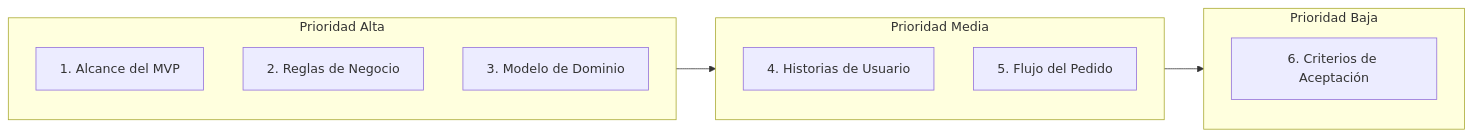
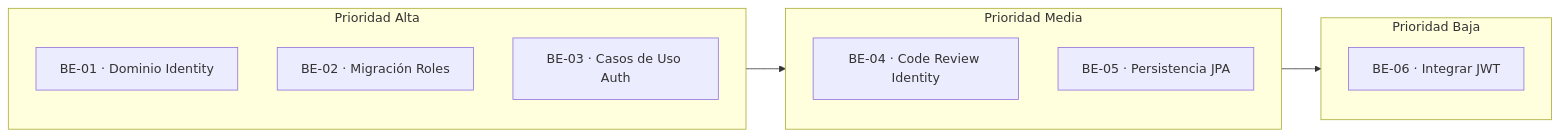
One commit to iJosueeh/jaldishop changed the first of 2 diagrams in docs/06-scrum/sprint-02.md. Above: the diagram before and after it, drawn with Mermaid. The commit also changed other lines of this file and 10 other files, not shown here.

Commit message:
feat: Dominio de Usuario y Roles con logica de negocio en cada clase junto a tests unitarios integrados.

````diff
--- a/docs/06-scrum/sprint-02.md
+++ b/docs/06-scrum/sprint-02.md
@@ -28,19 +28,19 @@
 ```mermaid
 flowchart LR
     subgraph ALTA["Prioridad Alta"]
-        T1["1. Alcance del MVP"]
-        T2["2. Reglas de Negocio"]
-        T3["3. Modelo de Dominio"]
+        T1["BE-01 · Dominio Identity"]
+        T2["BE-02 · Migración Roles"]
+        T3["BE-03 · Casos de Uso Auth"]
     end
 
     subgraph MEDIA["Prioridad Media"]
-        T4["4. Historias de Usuario"]
-        T5["5. Flujo del Pedido"]
+        T4["BE-04 · Code Review Identity"]
+        T5["BE-05 · Persistencia JPA"]
     end
 
     subgraph BAJA["Prioridad Baja"]
-        T6["6. Criterios de Aceptación"]
+        T6["BE-06 · Integrar JWT"]
     end
 
     ALTA --> MEDIA --> BAJA
 ```
````
